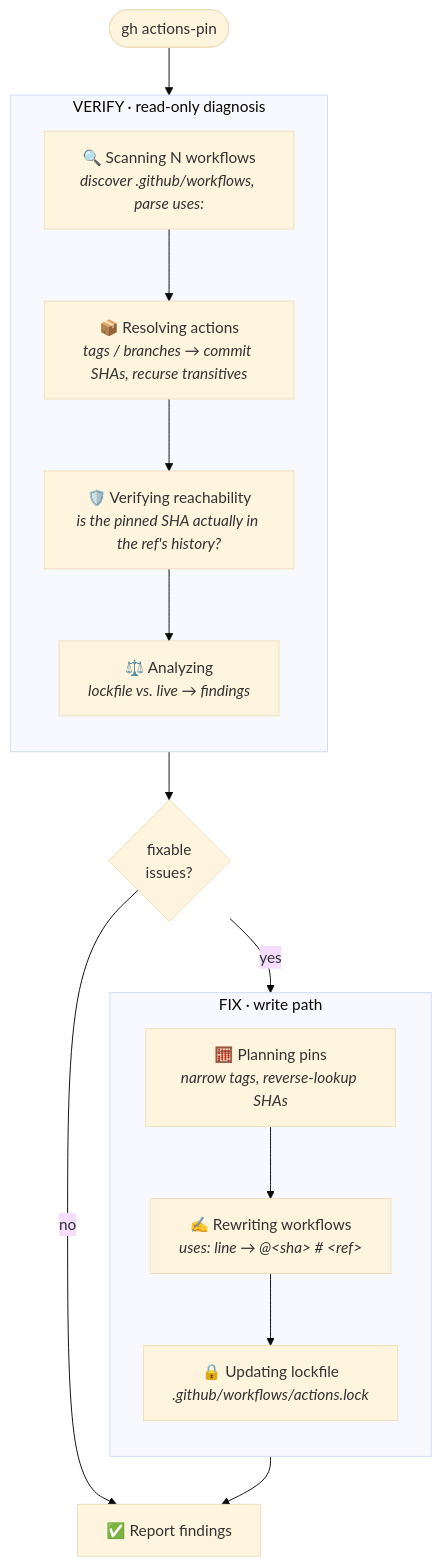
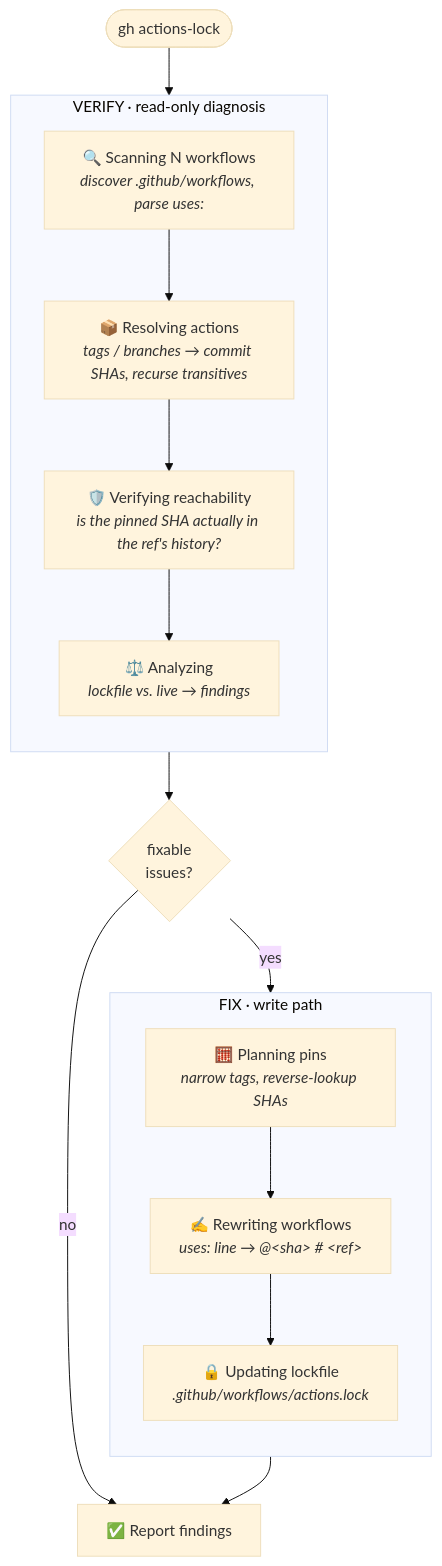
The diagram in README.md (github/gh-actions-lock), drawn with Mermaid (base theme) before and after one commit. The commit also changed other lines of this file and 89 other files, not shown here.

First line of the commit message:
Rename gh-actions-pin to gh-actions-lock

````diff
--- a/README.md
+++ b/README.md
@@ -60,27 +60,27 @@
 ```mermaid
 flowchart TD
-    Start([gh actions-pin]) --> Scan
+    Start([gh actions-lock]) --> Scan
 
     subgraph verify["VERIFY · read-only diagnosis"]
         direction TB
         Scan["🔍 Scanning N workflows<br/><i>discover .github/workflows, parse uses:</i>"]
         Resolve["📦 Resolving actions<br/><i>tags / branches → commit SHAs, recurse transitives</i>"]
         Reach["🛡️ Verifying reachability<br/><i>is the pinned SHA actually in the ref's history?</i>"]
         Analyze["⚖️ Analyzing<br/><i>lockfile vs. live → findings</i>"]
         Scan --> Resolve --> Reach --> Analyze
     end
 
     Analyze --> Q{"fixable<br/>issues?"}
     Q -- no --> Report["✅ Report findings"]
 
     subgraph fix["FIX · write path"]
         direction TB
         Plan["🧮 Planning pins<br/><i>narrow tags, reverse-lookup SHAs</i>"]
         Rewrite["✍️ Rewriting workflows<br/><i>uses: line → @&lt;sha&gt; # &lt;ref&gt;</i>"]
         Lock["🔒 Updating lockfile<br/><i>.github/workflows/actions.lock</i>"]
         Plan --> Rewrite --> Lock
     end
 
     Q -- yes --> Plan
     Lock --> Report
 ```
````
